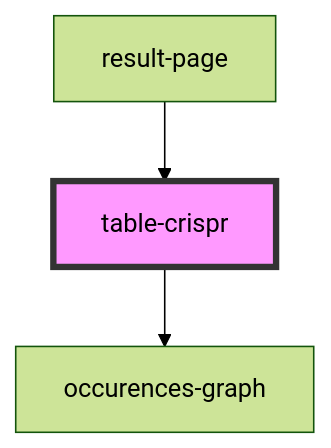
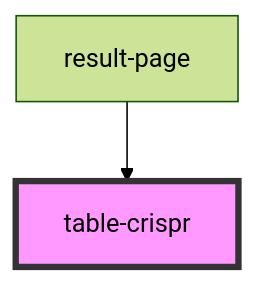
One commit to MMSB-MOBI/result_page_crispr changed the diagram in src/components/table-crispr/readme.md. Above: the diagram before and after it, drawn with Mermaid (forest theme). The commit also changed other lines of this file and 10 other files, not shown here.

````diff
--- a/src/components/table-crispr/readme.md
+++ b/src/components/table-crispr/readme.md
@@ -26,6 +32,5 @@
 ```mermaid
 graph TD;
-  table-crispr --> occurences-graph
   result-page --> table-crispr
   style table-crispr fill:#f9f,stroke:#333,stroke-width:4px
 ```
````
